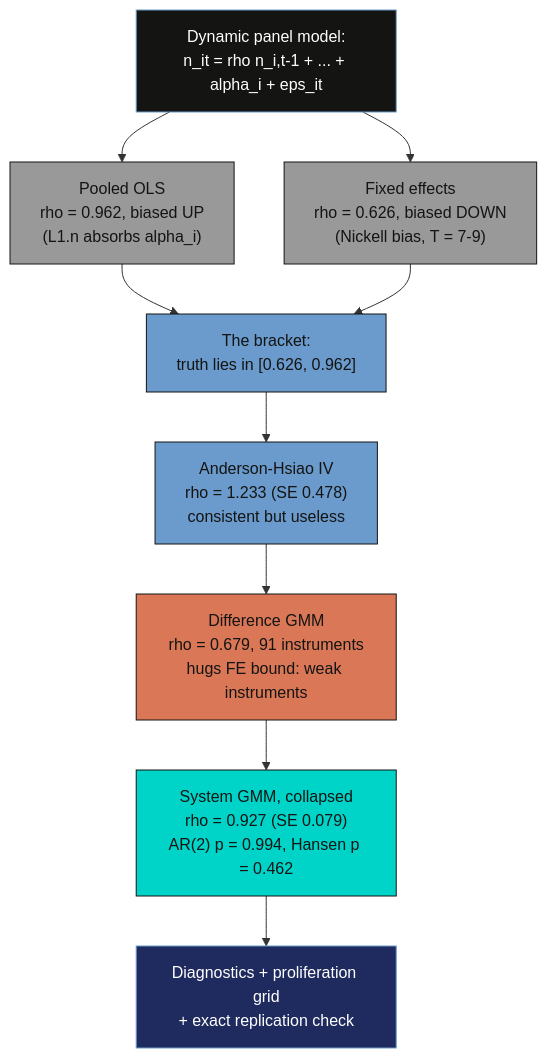
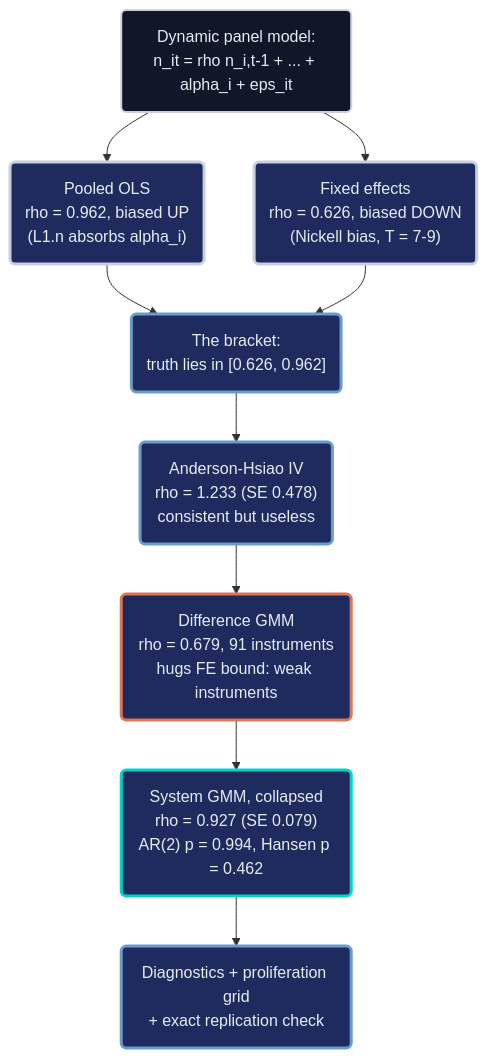
The diagram in content/post/python_dynamic_panel/index.md (cmg777/starter-academic-v501), drawn with Mermaid before and after one commit. The commit also changed 16 other files, not shown here.

First line of the commit message:
content(mermaid): restyle flowcharts in Python posts, batch 1 of 2

````diff
--- a/content/post/python_dynamic_panel/index.md
+++ b/content/post/python_dynamic_panel/index.md
@@ -104,20 +104,22 @@
 ```mermaid
 flowchart TD
-    A["Dynamic panel model:<br/>n_it = rho n_i,t-1 + ... + alpha_i + eps_it"]
-    A --> B["Pooled OLS<br/>rho = 0.962, biased UP<br/>(L1.n absorbs alpha_i)"]
-    A --> C["Fixed effects<br/>rho = 0.626, biased DOWN<br/>(Nickell bias, T = 7-9)"]
-    B --> D["The bracket:<br/>truth lies in [0.626, 0.962]"]
+    A("Dynamic panel model:<br/>n_it = rho n_i,t-1 + ... + alpha_i + eps_it")
+    A --> B("Pooled OLS<br/>rho = 0.962, biased UP<br/>(L1.n absorbs alpha_i)")
+    A --> C("Fixed effects<br/>rho = 0.626, biased DOWN<br/>(Nickell bias, T = 7-9)")
+    B --> D("The bracket:<br/>truth lies in [0.626, 0.962]")
     C --> D
-    D --> E["Anderson-Hsiao IV<br/>rho = 1.233 (SE 0.478)<br/>consistent but useless"]
-    E --> F["Difference GMM<br/>rho = 0.679, 91 instruments<br/>hugs FE bound: weak instruments"]
-    F --> G["System GMM, collapsed<br/>rho = 0.927 (SE 0.079)<br/>AR(2) p = 0.994, Hansen p = 0.462"]
-    G --> H["Diagnostics + proliferation grid<br/>+ exact replication check"]
-    style A fill:#141413,stroke:#6a9bcc,color:#fff
-    style B fill:#999999,stroke:#141413,color:#141413
-    style C fill:#999999,stroke:#141413,color:#141413
-    style D fill:#6a9bcc,stroke:#141413,color:#141413
-    style E fill:#6a9bcc,stroke:#141413,color:#141413
-    style F fill:#d97757,stroke:#141413,color:#141413
-    style G fill:#00d4c8,stroke:#141413,color:#141413
-    style H fill:#1f2b5e,stroke:#6a9bcc,color:#fff
+    D --> E("Anderson-Hsiao IV<br/>rho = 1.233 (SE 0.478)<br/>consistent but useless")
+    E --> F("Difference GMM<br/>rho = 0.679, 91 instruments<br/>hugs FE bound: weak instruments")
+    F --> G("System GMM, collapsed<br/>rho = 0.927 (SE 0.079)<br/>AR(2) p = 0.994, Hansen p = 0.462")
+    G --> H("Diagnostics + proliferation grid<br/>+ exact replication check")
+    classDef anchor fill:#0f1729,stroke:#c8d0e0,stroke-width:2px,color:#e8ecf2
+    classDef gray fill:#1f2b5e,stroke:#c8d0e0,stroke-width:3px,color:#e8ecf2
+    classDef blue fill:#1f2b5e,stroke:#6a9bcc,stroke-width:3px,color:#e8ecf2
+    classDef orange fill:#1f2b5e,stroke:#d97757,stroke-width:3px,color:#e8ecf2
+    classDef teal fill:#1f2b5e,stroke:#00d4c8,stroke-width:3px,color:#e8ecf2
+    class A anchor
+    class B,C gray
+    class D,E,H blue
+    class F orange
+    class G teal
 ```
````
